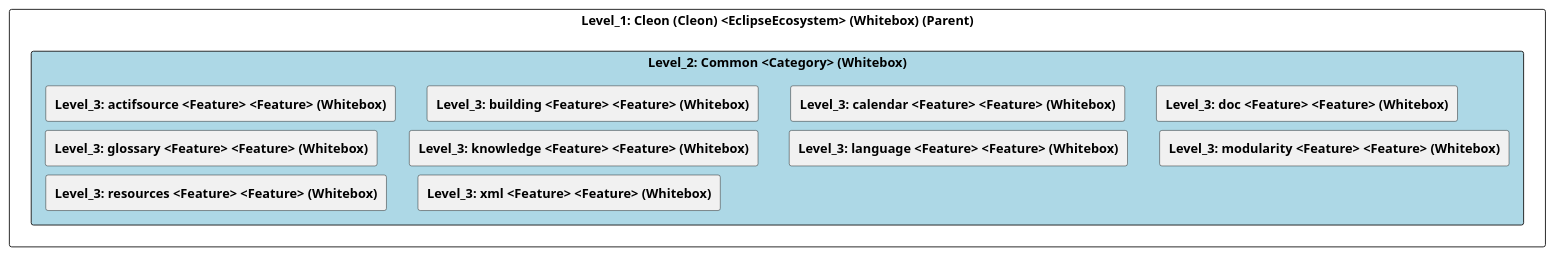
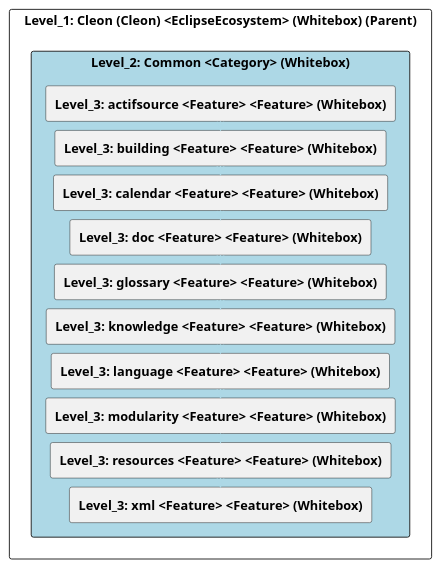
The diagram in doc/cleonproject_deliverables_architecture_model_architecture/adoc/de/05_bausteinsicht/cleon/common/ebene_2_common.adoc (marcozwyssig/cleon), drawn with PlantUML before and after one commit. The commit also changed other lines of this file and 187 other files, not shown here.

```diff
--- a/doc/cleonproject_deliverables_architecture_model_architecture/adoc/de/05_bausteinsicht/cleon/common/ebene_2_common.adoc
+++ b/doc/cleonproject_deliverables_architecture_model_architecture/adoc/de/05_bausteinsicht/cleon/common/ebene_2_common.adoc
@@ -24,33 +24,44 @@
 [plantuml, Level_2: Common <Category> (Whitebox)BlockOverview, format="svg"]
 ----
 @startuml Level_2: Common <Category> (Whitebox)BuildingBlockOverview
 
 skinparam ranksep 10
 skinparam componentStyle rectangle
 skinparam shadowing false
 skinparam arrowColor lightblue
 skinparam arrowThickness 1.2
 skinparam rectangle {
   BackgroundColor White
   BorderColor #333
   RoundCorner 10
 }
 top to bottom direction
 
 component "Level_1: Cleon (Cleon) <EclipseEcosystem> (Whitebox) (Parent)" {
     component "Level_2: Common <Category> (Whitebox)" #lightblue {
         [**Level_3: actifsource <Feature> <Feature> (Whitebox)**] as 49057F3B_D579_11EE_903E_9F564E4DE07E
         [**Level_3: building <Feature> <Feature> (Whitebox)**] as 49057F32_D579_11EE_903E_9F564E4DE07E
         [**Level_3: calendar <Feature> <Feature> (Whitebox)**] as 49057F3C_D579_11EE_903E_9F564E4DE07E
         [**Level_3: doc <Feature> <Feature> (Whitebox)**] as 4905581D_D579_11EE_903E_9F564E4DE07E
         [**Level_3: glossary <Feature> <Feature> (Whitebox)**] as 4905581A_D579_11EE_903E_9F564E4DE07E
         [**Level_3: knowledge <Feature> <Feature> (Whitebox)**] as 4905581E_D579_11EE_903E_9F564E4DE07E
         [**Level_3: language <Feature> <Feature> (Whitebox)**] as 49055819_D579_11EE_903E_9F564E4DE07E
         [**Level_3: modularity <Feature> <Feature> (Whitebox)**] as 4905A64F_D579_11EE_903E_9F564E4DE07E
         [**Level_3: resources <Feature> <Feature> (Whitebox)**] as 49055820_D579_11EE_903E_9F564E4DE07E
         [**Level_3: xml <Feature> <Feature> (Whitebox)**] as 4905581F_D579_11EE_903E_9F564E4DE07E
     }
+
+    49057F3B_D579_11EE_903E_9F564E4DE07E -down-> 49057F32_D579_11EE_903E_9F564E4DE07E
+    49057F32_D579_11EE_903E_9F564E4DE07E -down-> 49057F3C_D579_11EE_903E_9F564E4DE07E
+    49057F3C_D579_11EE_903E_9F564E4DE07E -down-> 4905581D_D579_11EE_903E_9F564E4DE07E
+    4905581D_D579_11EE_903E_9F564E4DE07E -down-> 4905581A_D579_11EE_903E_9F564E4DE07E
+    4905581A_D579_11EE_903E_9F564E4DE07E -down-> 4905581E_D579_11EE_903E_9F564E4DE07E
+    4905581E_D579_11EE_903E_9F564E4DE07E -down-> 49055819_D579_11EE_903E_9F564E4DE07E
+    49055819_D579_11EE_903E_9F564E4DE07E -down-> 4905A64F_D579_11EE_903E_9F564E4DE07E
+    4905A64F_D579_11EE_903E_9F564E4DE07E -down-> 49055820_D579_11EE_903E_9F564E4DE07E
+    49055820_D579_11EE_903E_9F564E4DE07E -down-> 4905581F_D579_11EE_903E_9F564E4DE07E
+    
 }
 
 @enduml
 ----
```
